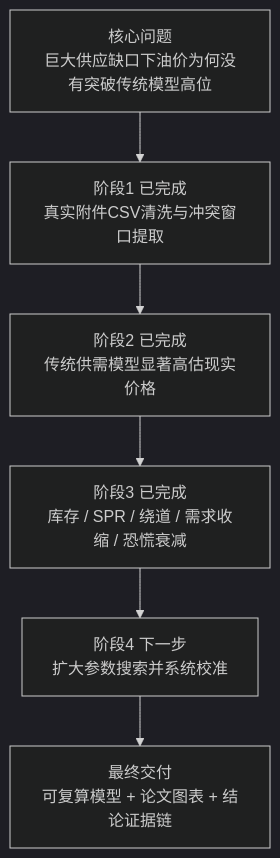
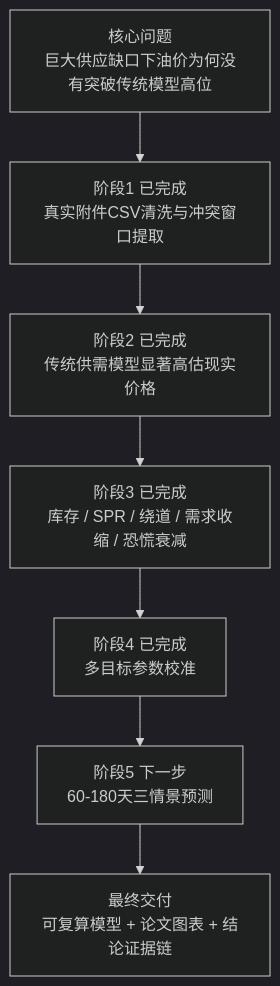
One commit to Timcai06/-A- changed the second of 3 diagrams in README.md. Above: the diagram before and after it, drawn with Mermaid (dark theme). The commit also changed other lines of this file and 17 other files, not shown here.

Commit message:
Add multi-objective dynamic calibration

````diff
--- a/README.md
+++ b/README.md
@@ -31,11 +31,12 @@
 ```mermaid
 flowchart TB
     Goal["核心问题<br/>巨大供应缺口下油价为何没有突破传统模型高位"]
     Data["阶段1 已完成<br/>真实附件CSV清洗与冲突窗口提取"]
     Baseline["阶段2 已完成<br/>传统供需模型显著高估现实价格"]
     Dynamic["阶段3 已完成<br/>库存 / SPR / 绕道 / 需求收缩 / 恐慌衰减"]
-    Calibration["阶段4 下一步<br/>扩大参数搜索并系统校准"]
+    Calibration["阶段4 已完成<br/>多目标参数校准"]
+    Scenario["阶段5 下一步<br/>60-180天三情景预测"]
     Paper["最终交付<br/>可复算模型 + 论文图表 + 结论证据链"]
 
-    Goal --> Data --> Baseline --> Dynamic --> Calibration --> Paper
+    Goal --> Data --> Baseline --> Dynamic --> Calibration --> Scenario --> Paper
 ```
````
